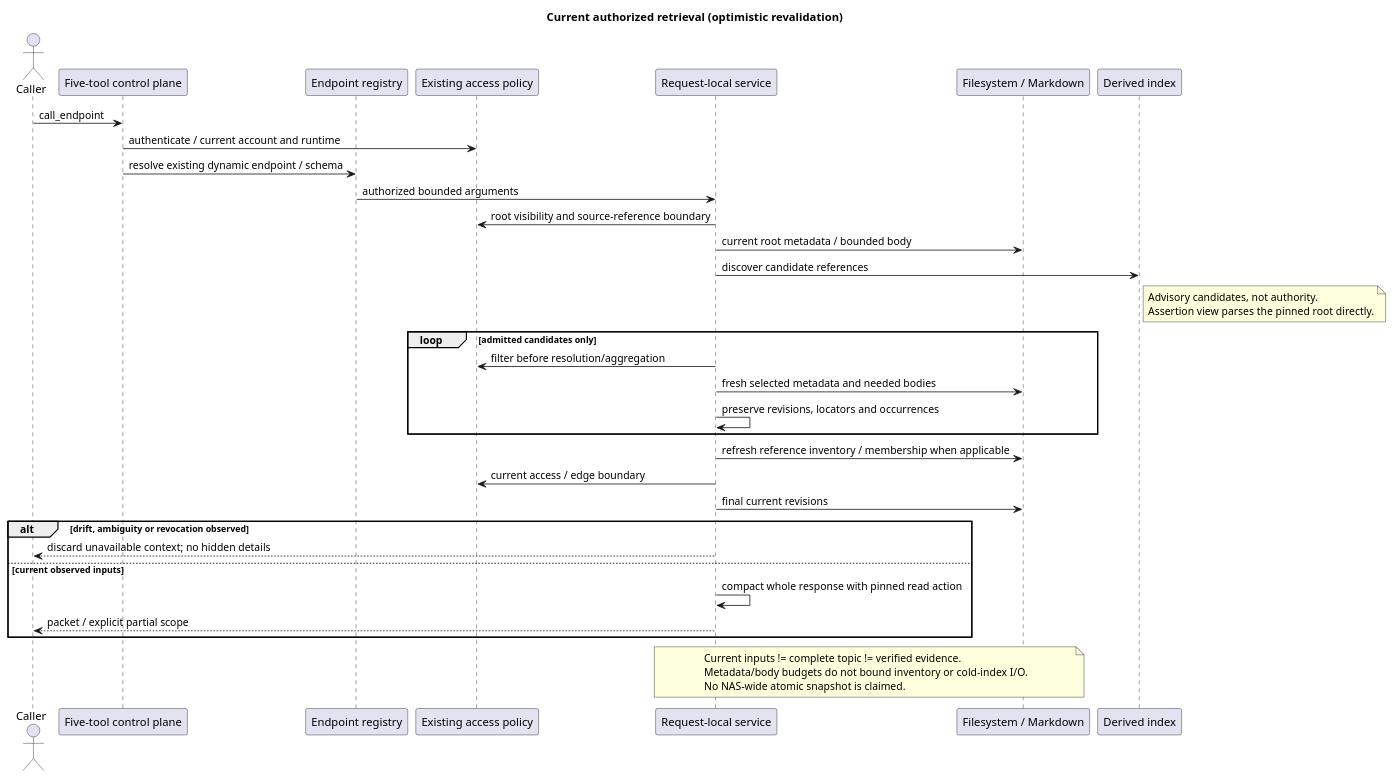
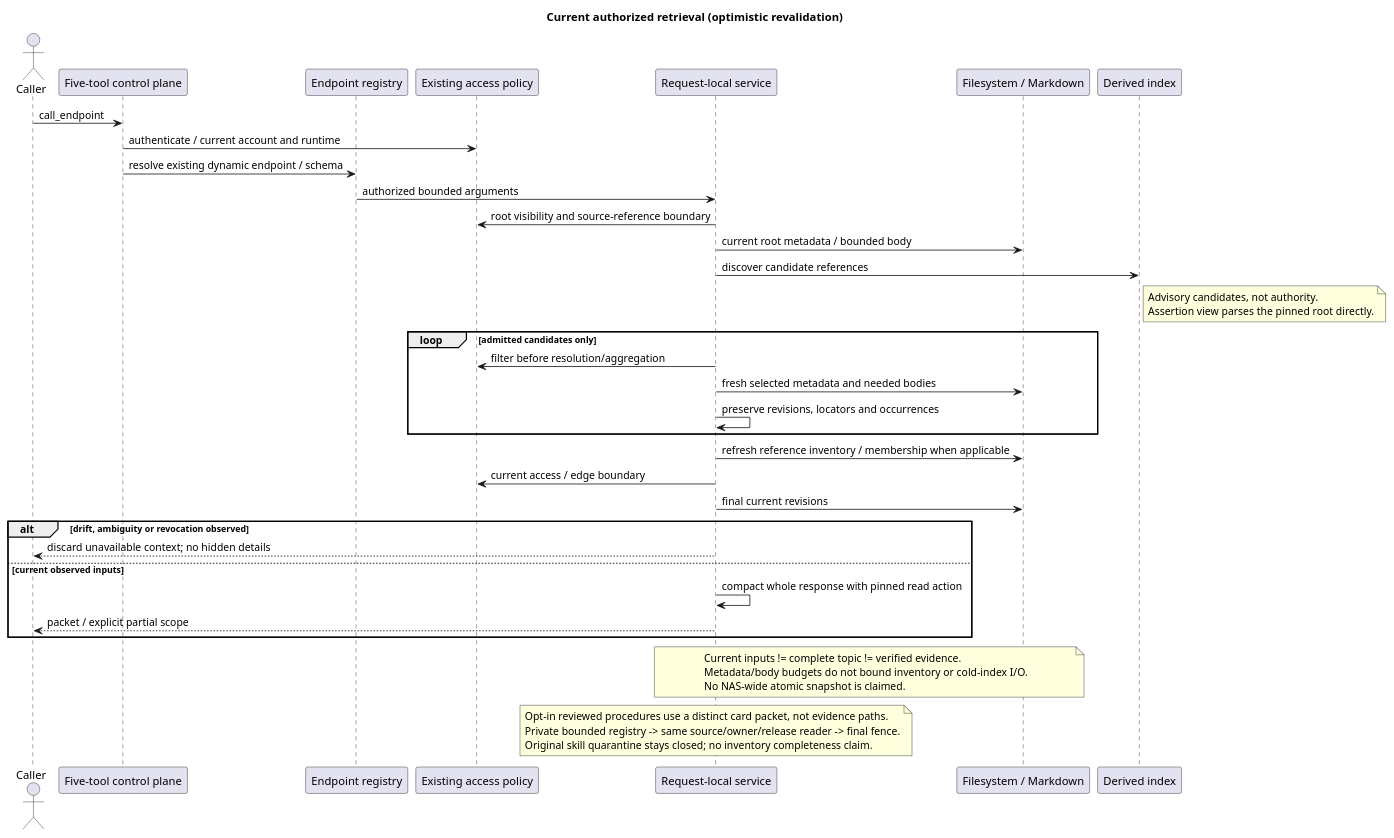
The diagram in docs/architecture/uml/retrieval.puml (Song-Seng-Hun/mcpvault), drawn with PlantUML before and after one commit. The commit also changed 123 other files, not shown here.

Commit message:
Add fail-closed reviewed skill releases and bounded discovery

```diff
--- a/docs/architecture/uml/retrieval.puml
+++ b/docs/architecture/uml/retrieval.puml
@@ -1,40 +1,45 @@
 @startuml
 title Current authorized retrieval (optimistic revalidation)
 actor Caller
 participant "Five-tool control plane" as MCP
 participant "Endpoint registry" as Registry
 participant "Existing access policy" as ACL
 participant "Request-local service" as Service
 participant "Filesystem / Markdown" as FS
 participant "Derived index" as Index
 Caller -> MCP : call_endpoint
 MCP -> ACL : authenticate / current account and runtime
 MCP -> Registry : resolve existing dynamic endpoint / schema
 Registry -> Service : authorized bounded arguments
 Service -> ACL : root visibility and source-reference boundary
 Service -> FS : current root metadata / bounded body
 Service -> Index : discover candidate references
 note right of Index
   Advisory candidates, not authority.
   Assertion view parses the pinned root directly.
 end note
 loop admitted candidates only
   Service -> ACL : filter before resolution/aggregation
   Service -> FS : fresh selected metadata and needed bodies
   Service -> Service : preserve revisions, locators and occurrences
 end
 Service -> FS : refresh reference inventory / membership when applicable
 Service -> ACL : current access / edge boundary
 Service -> FS : final current revisions
 alt drift, ambiguity or revocation observed
   Service --> Caller : discard unavailable context; no hidden details
 else current observed inputs
   Service -> Service : compact whole response with pinned read action
   Service --> Caller : packet / explicit partial scope
 end
 note over Service,FS
   Current inputs != complete topic != verified evidence.
   Metadata/body budgets do not bound inventory or cold-index I/O.
   No NAS-wide atomic snapshot is claimed.
 end note
+note over Service
+  Opt-in reviewed procedures use a distinct card packet, not evidence paths.
+  Private bounded registry -> same source/owner/release reader -> final fence.
+  Original skill quarantine stays closed; no inventory completeness claim.
+end note
 @enduml
```
